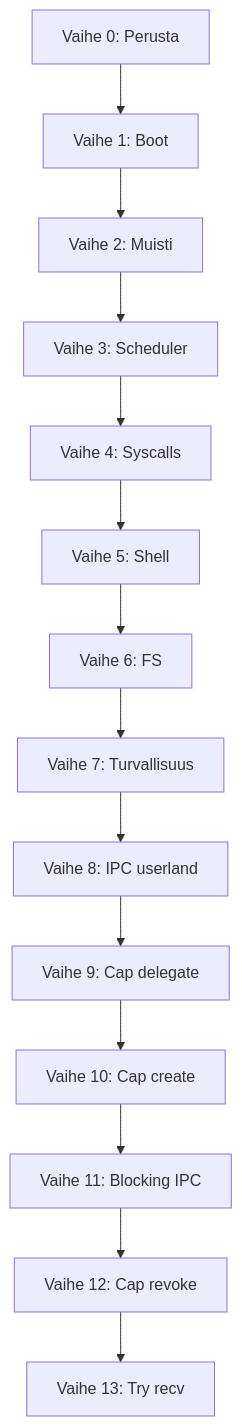
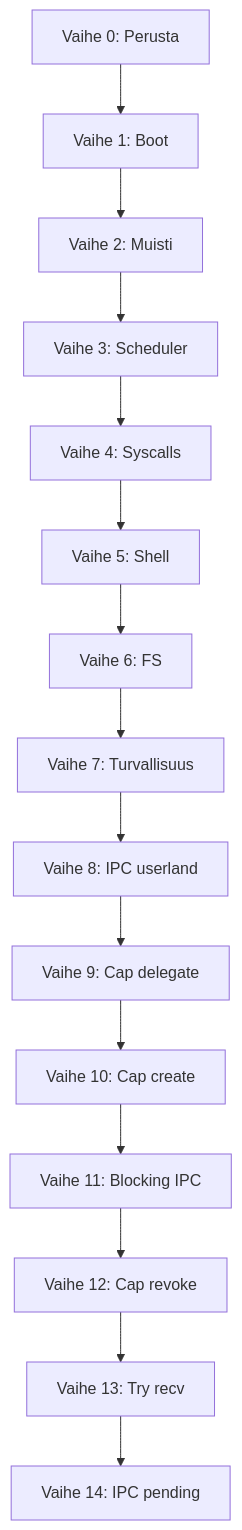
The diagram in docs/ROADMAP.md (Mikko-Huuskonen-Pro/Zinux), drawn with Mermaid before and after one commit. The commit also changed other lines of this file and 16 other files, not shown here.

````diff
--- a/docs/ROADMAP.md
+++ b/docs/ROADMAP.md
@@ -248,16 +265,17 @@
 ```mermaid
 graph TD
     V0[Vaihe 0: Perusta] --> V1[Vaihe 1: Boot]
     V1 --> V2[Vaihe 2: Muisti]
     V2 --> V3[Vaihe 3: Scheduler]
     V3 --> V4[Vaihe 4: Syscalls]
     V4 --> V5[Vaihe 5: Shell]
     V5 --> V6[Vaihe 6: FS]
     V6 --> V7[Vaihe 7: Turvallisuus]
     V7 --> V8[Vaihe 8: IPC userland]
     V8 --> V9[Vaihe 9: Cap delegate]
     V9 --> V10[Vaihe 10: Cap create]
     V10 --> V11[Vaihe 11: Blocking IPC]
     V11 --> V12[Vaihe 12: Cap revoke]
     V12 --> V13[Vaihe 13: Try recv]
+    V13 --> V14[Vaihe 14: IPC pending]
 ```
````
